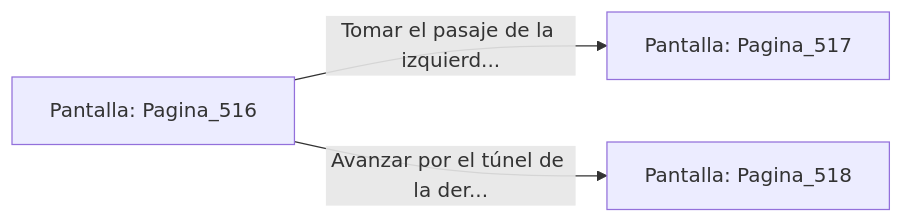
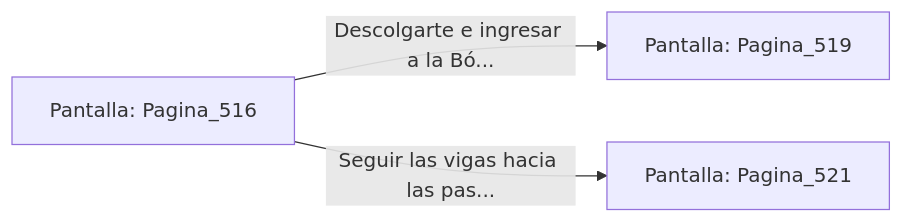
One commit to metsuke/mpl changed the diagram in sample/eligejuego-vault/Pantalla_Pagina_516.md. Above: the diagram before and after it, drawn with Mermaid. The commit also changed other lines of this file and 635 other files, not shown here.

First line of the commit message:
fix: añadir Pagina_1 como pantalla inicial en capitulo_01.mpl

````diff
--- a/sample/eligejuego-vault/Pantalla_Pagina_516.md
+++ b/sample/eligejuego-vault/Pantalla_Pagina_516.md
@@ -20,6 +22,6 @@
 ```mermaid
 graph LR
     P_Pagina_516["Pantalla: Pagina_516"]
-    P_Pagina_516 -->|"Tomar el pasaje de la izquierd..."| P_Pagina_517["Pantalla: Pagina_517"]
-    P_Pagina_516 -->|"Avanzar por el túnel de la der..."| P_Pagina_518["Pantalla: Pagina_518"]
+    P_Pagina_516 -->|"Descolgarte e ingresar a la Bó..."| P_Pagina_519["Pantalla: Pagina_519"]
+    P_Pagina_516 -->|"Seguir las vigas hacia las pas..."| P_Pagina_521["Pantalla: Pagina_521"]
 ```
````
